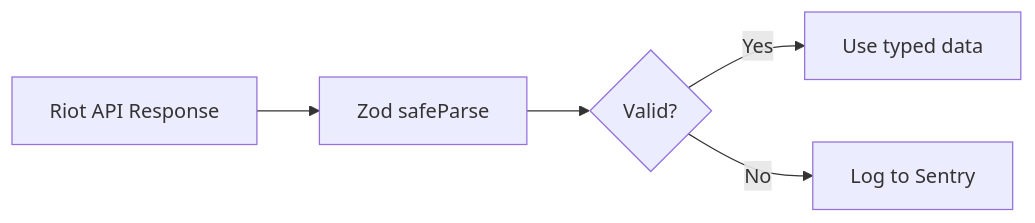
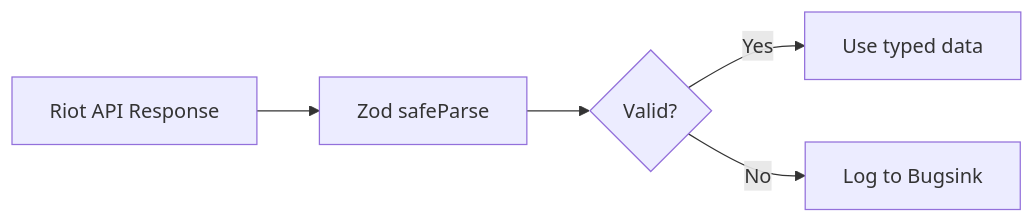
Before and after one commit to shepherdjerred/monorepo: the sixth of 8 diagrams in packages/scout-for-lol/docs/backend.md, drawn with Mermaid. The commit also changed other lines of this file and 415 other files, not shown here.

````diff
--- a/packages/scout-for-lol/docs/backend.md
+++ b/packages/scout-for-lol/docs/backend.md
@@ -193,8 +193,8 @@
 ```mermaid
 flowchart LR
     API["Riot API Response"]
     API --> PARSE["Zod safeParse"]
     PARSE --> SUCCESS{Valid?}
     SUCCESS -->|Yes| USE["Use typed data"]
-    SUCCESS -->|No| ERROR["Log to Sentry"]
+    SUCCESS -->|No| ERROR["Log to Bugsink"]
 ```
````
